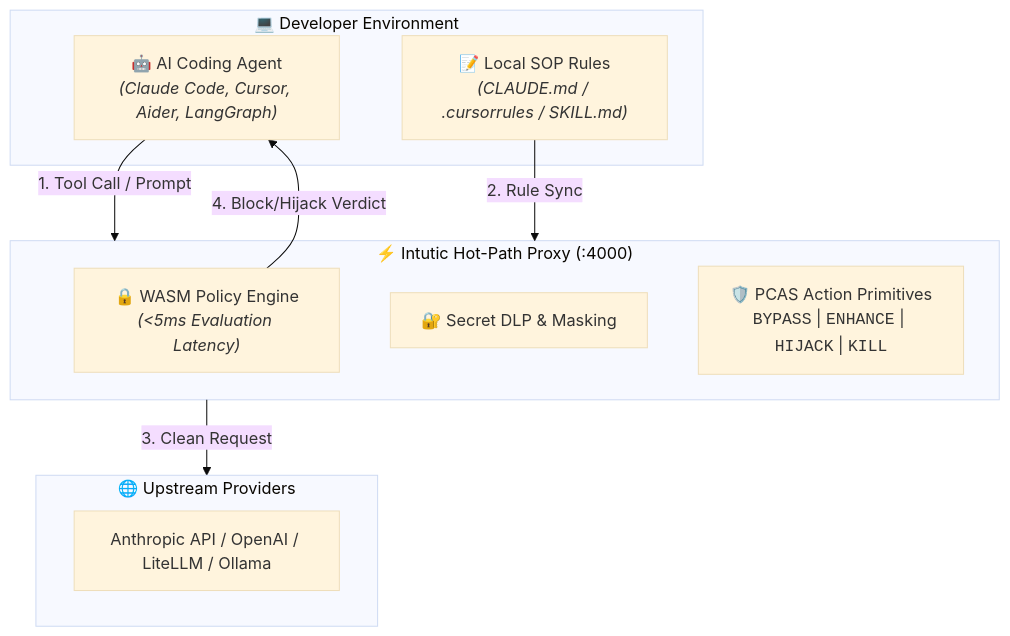
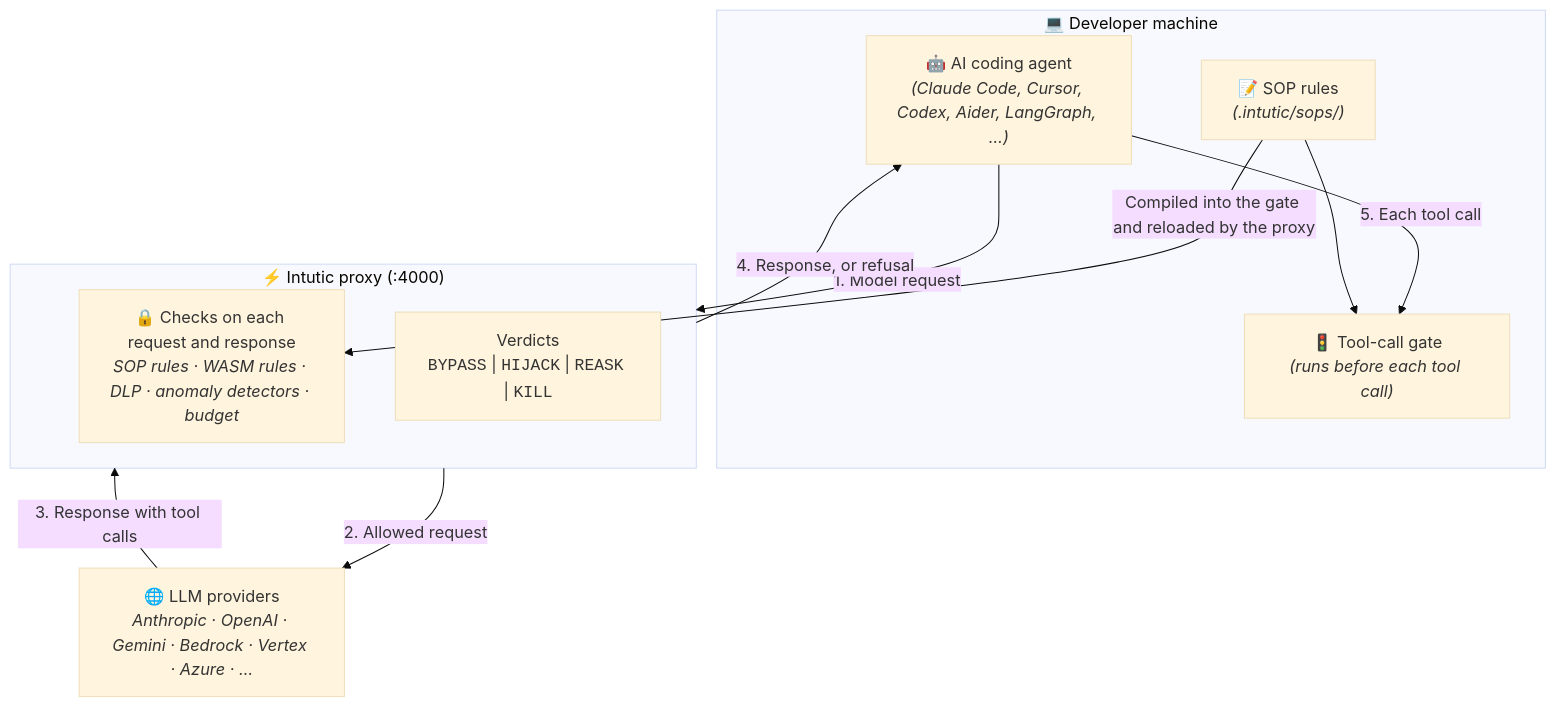
The diagram in profile/README.md (intutic/.github), drawn with Mermaid (base theme) before and after one commit. The commit also changed other lines of this file, not shown here.

Commit message:
Profile README matches the current open core

````diff
--- a/profile/README.md
+++ b/profile/README.md
@@ -41,22 +41,23 @@
 ```mermaid
 flowchart TD
-    subgraph DevEnvironment[" 💻 Developer Environment "]
-        Agent["🤖 AI Coding Agent<br><i>(Claude Code, Cursor, Aider, LangGraph)</i>"]
-        SOP["📝 Local SOP Rules<br><i>(CLAUDE.md / .cursorrules / SKILL.md)</i>"]
+    subgraph Dev[" 💻 Developer machine "]
+        Agent["🤖 AI coding agent<br><i>(Claude Code, Cursor, Codex, Aider, LangGraph, …)</i>"]
+        SOP["📝 SOP rules<br><i>(.intutic/sops/)</i>"]
+        Gate["🚦 Tool-call gate<br><i>(runs before each tool call)</i>"]
     end
 
-    subgraph HotPathProxy[" ⚡ Intutic Hot-Path Proxy (:4000) "]
-        Engine["🔒 WASM Policy Engine<br><i>(&lt;5ms Evaluation Latency)</i>"]
-        DLP["🔐 Secret DLP & Masking"]
-        PCAS["🛡️ PCAS Action Primitives<br><code>BYPASS</code> | <code>ENHANCE</code> | <code>HIJACK</code> | <code>KILL</code>"]
+    subgraph Proxy[" ⚡ Intutic proxy (:4000) "]
+        Checks["🔒 Checks on each request and response<br><i>SOP rules · WASM rules · DLP · anomaly detectors · budget</i>"]
+        Verdicts["Verdicts<br><code>BYPASS</code> | <code>HIJACK</code> | <code>REASK</code> | <code>KILL</code>"]
     end
 
-    subgraph UpstreamProviders[" 🌐 Upstream Providers "]
-        Providers["Anthropic API / OpenAI / LiteLLM / Ollama"]
-    end
+    Providers["🌐 LLM providers<br><i>Anthropic · OpenAI · Gemini · Bedrock · Vertex · Azure · …</i>"]
 
-    Agent -->|1. Tool Call / Prompt| HotPathProxy
-    SOP -->|2. Rule Sync| HotPathProxy
-    HotPathProxy -->|3. Clean Request| UpstreamProviders
-    Engine -->|4. Block/Hijack Verdict| Agent
+    Agent -->|1. Model request| Proxy
+    Proxy -->|2. Allowed request| Providers
+    Providers -->|3. Response with tool calls| Proxy
+    Proxy -->|4. Response, or refusal| Agent
+    Agent -->|5. Each tool call| Gate
+    SOP -->|Compiled into the gate and reloaded by the proxy| Checks
+    SOP --> Gate
 ```
````
